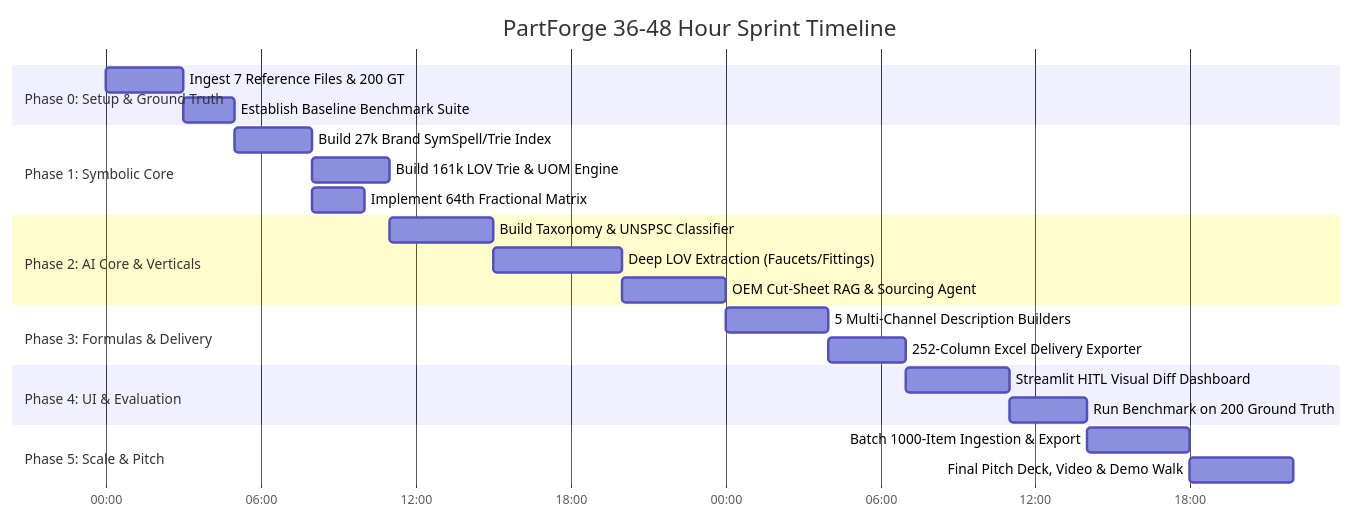
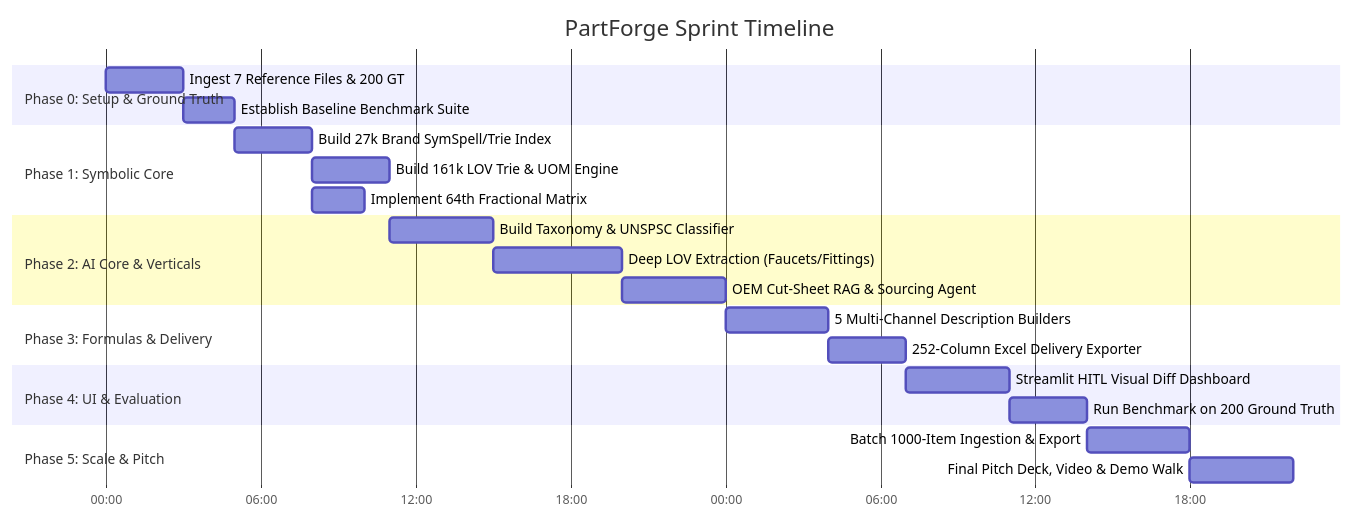
One commit to Adityaraj1969/AI-Powered-Product-Intelligence-for-Industrial-Commerce changed the first of 3 diagrams in docs/Phases.md. Above: the diagram before and after it, drawn with Mermaid. The commit also changed other lines of this file, not shown here.

````diff
--- a/docs/Phases.md
+++ b/docs/Phases.md
@@ -13,32 +13,32 @@
 ```mermaid
 gantt
-    title PartForge 36-48 Hour Sprint Timeline
+    title PartForge Sprint Timeline
     dateFormat HH:mm
     axisFormat %H:%M
 
     section Phase 0: Setup & Ground Truth
     Ingest 7 Reference Files & 200 GT   :p0_1, 00:00, 3h
     Establish Baseline Benchmark Suite   :p0_2, after p0_1, 2h
 
     section Phase 1: Symbolic Core
     Build 27k Brand SymSpell/Trie Index :p1_1, after p0_2, 3h
     Build 161k LOV Trie & UOM Engine     :p1_2, after p1_1, 3h
     Implement 64th Fractional Matrix    :p1_3, after p1_1, 2h
 
     section Phase 2: AI Core & Verticals
     Build Taxonomy & UNSPSC Classifier   :p2_1, after p1_2, 4h
     Deep LOV Extraction (Faucets/Fittings):p2_2, after p2_1, 5h
     OEM Cut-Sheet RAG & Sourcing Agent  :p2_3, after p2_2, 4h
 
     section Phase 3: Formulas & Delivery
     5 Multi-Channel Description Builders:p3_1, after p2_3, 4h
     252-Column Excel Delivery Exporter   :p3_2, after p3_1, 3h
 
     section Phase 4: UI & Evaluation
     Streamlit HITL Visual Diff Dashboard :p4_1, after p3_2, 4h
     Run Benchmark on 200 Ground Truth   :p4_2, after p4_1, 3h
 
     section Phase 5: Scale & Pitch
     Batch 1000-Item Ingestion & Export   :p5_1, after p4_2, 4h
     Final Pitch Deck, Video & Demo Walk  :p5_2, after p5_1, 4h
 ```
````
